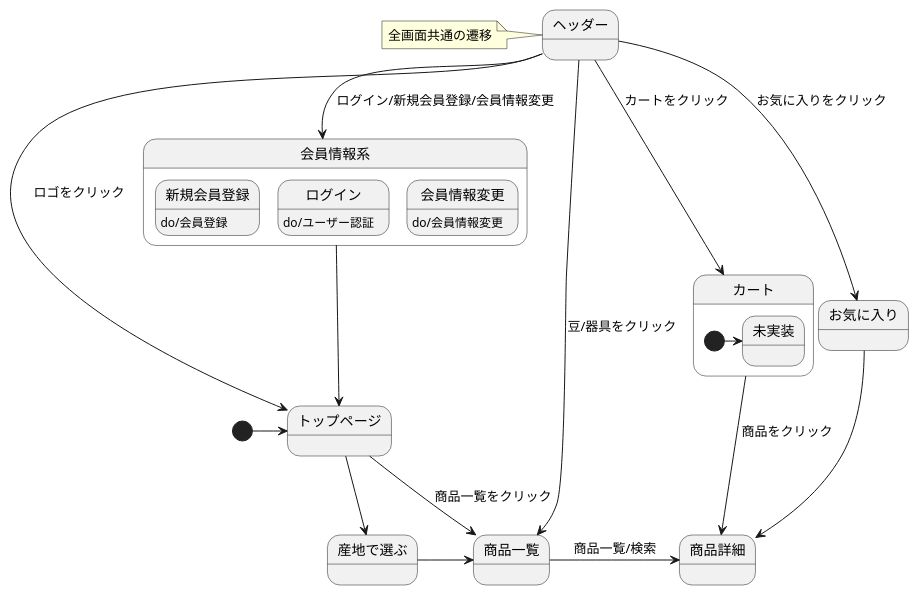
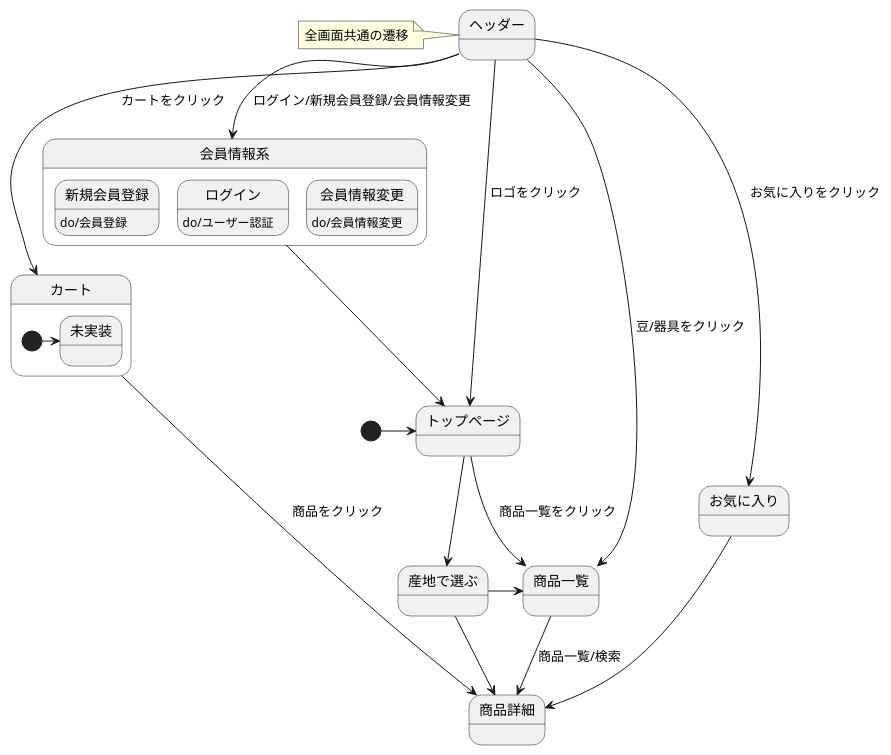
Before and after one commit to Aso2101122/coffeeEC: the diagram in 03_画面遷移図/stm_03.md, drawn with PlantUML.

````diff
--- a/03_画面遷移図/stm_03.md
+++ b/03_画面遷移図/stm_03.md
@@ -2,33 +2,34 @@
 ```uml
 @startuml
 [*]-right->トップページ
 トップページ-right->商品一覧: 商品一覧をクリック
 トップページ-->産地で選ぶ
 産地で選ぶ-right->商品一覧
+産地で選ぶ-down->商品詳細
 商品一覧->商品詳細: 商品一覧/検索
 お気に入り-down->商品詳細
 カート->商品詳細: 商品をクリック
 
 state ヘッダー{
 }
 note left of ヘッダー: 全画面共通の遷移
 
 
 ヘッダー-down->トップページ: ロゴをクリック
 ヘッダー-down->商品一覧: 豆/器具をクリック
 ヘッダー-down->会員情報系: ログイン/新規会員登録/会員情報変更
 ヘッダー-down->お気に入り: お気に入りをクリック
 ヘッダー-down->カート: カートをクリック
 
 state 会員情報系{
 新規会員登録 : do/会員登録
 ログイン : do/ユーザー認証
 会員情報変更 : do/会員情報変更
 }
 会員情報系-down->トップページ
 
 state カート{
 [*]-right->未実装
 }
 @enduml
 ```
````
